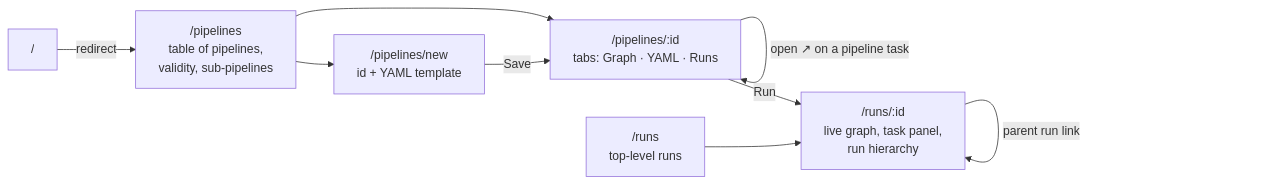
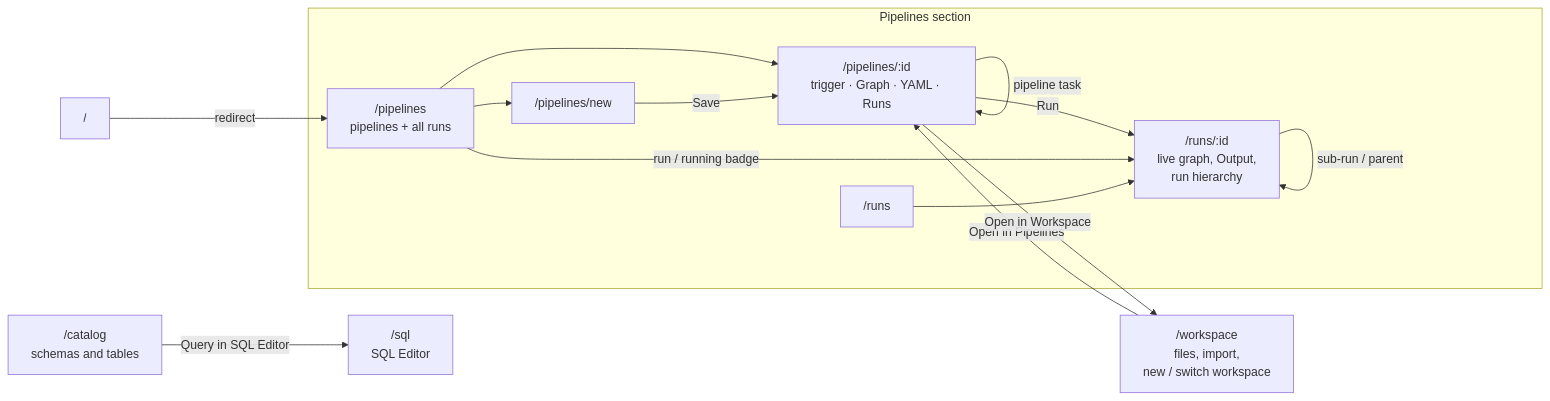
The first of 3 diagrams in docs/client.md (ilanamarpersonal/prooflix-core), drawn with Mermaid before and after one commit. The commit also changed other lines of this file and 6 other files, not shown here.

````diff
--- a/docs/client.md
+++ b/docs/client.md
@@ -52,12 +70,21 @@
 ```mermaid
 flowchart LR
-    root["/"] -->|redirect| PL["/pipelines<br/>table of pipelines,<br/>validity, sub-pipelines"]
-    PL --> NEW["/pipelines/new<br/>id + YAML template"]
-    PL --> PD["/pipelines/:id<br/>tabs: Graph · YAML · Runs"]
-    PD -->|"open ↗ on a pipeline task"| PD
-    PD -->|Run| RD["/runs/:id<br/>live graph, task panel,<br/>run hierarchy"]
-    RS["/runs<br/>top-level runs"] --> RD
-    RD -->|"open sub-run"| RD
-    RD -->|"parent run link"| RD
-    NEW -->|Save| PD
+    root["/"] -->|redirect| PL
+
+    subgraph Pipelines["Pipelines section"]
+        PL["/pipelines<br/>pipelines + all runs"] --> NEW["/pipelines/new"]
+        PL --> PD["/pipelines/:id<br/>trigger · Graph · YAML · Runs"]
+        PD -->|"pipeline task"| PD
+        PD -->|Run| RD["/runs/:id<br/>live graph, Output,<br/>run hierarchy"]
+        PL -->|"run / running badge"| RD
+        RS["/runs"] --> RD
+        RD -->|"sub-run / parent"| RD
+        NEW -->|Save| PD
+    end
+
+    SQL["/sql<br/>SQL Editor"]
+    CAT["/catalog<br/>schemas and tables"] -->|"Query in SQL Editor"| SQL
+    WSP["/workspace<br/>files, import,<br/>new / switch workspace"]
+    WSP -->|"Open in Pipelines"| PD
+    PD -->|"Open in Workspace"| WSP
 ```
````
